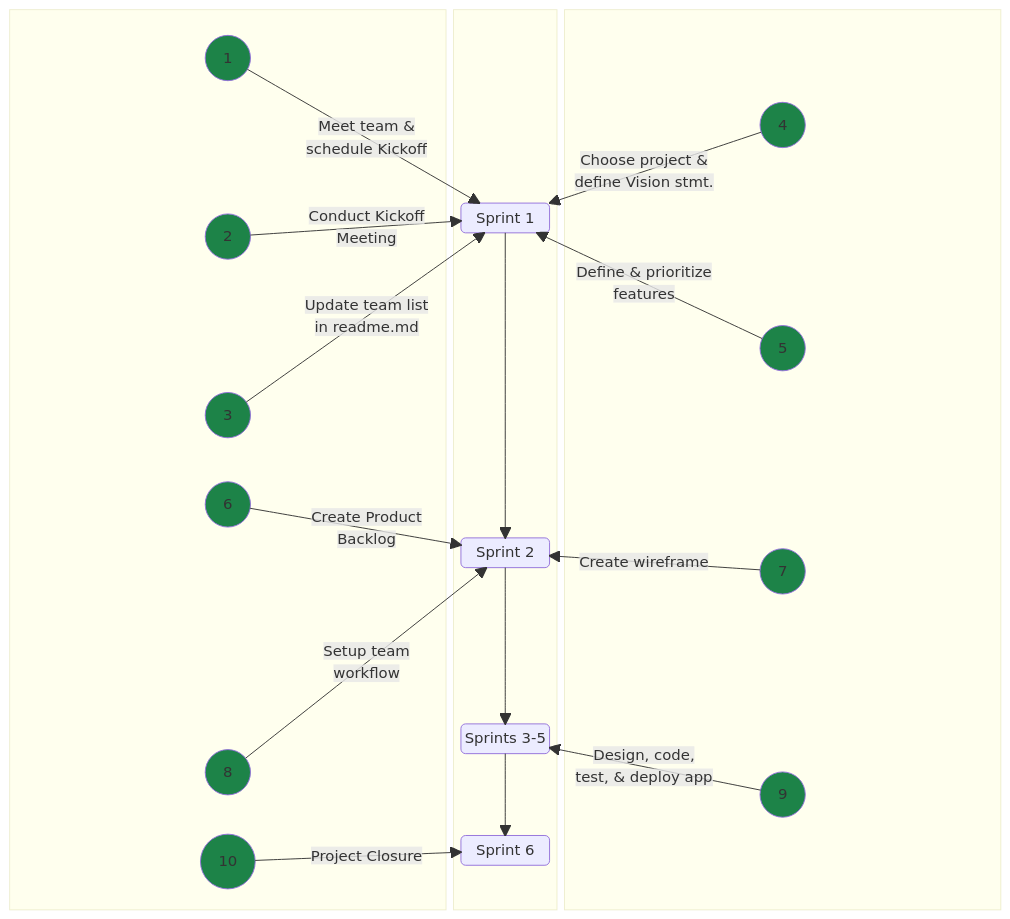
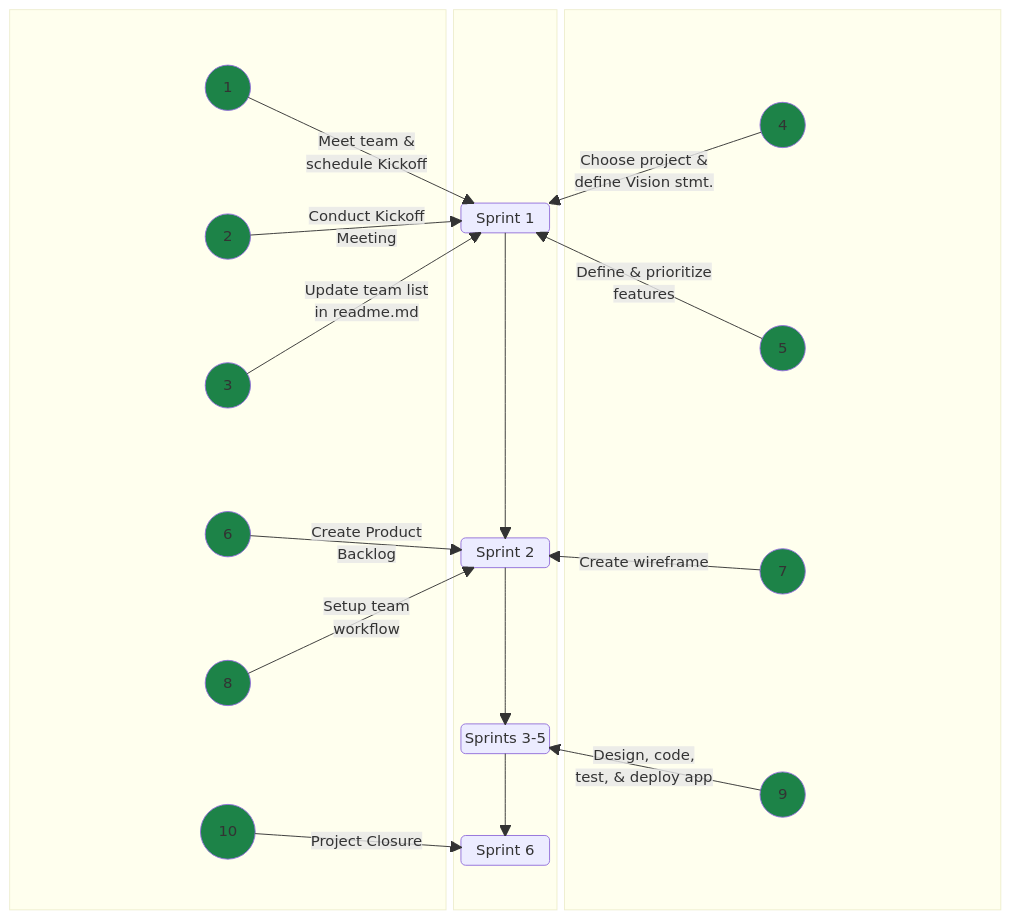
The diagram in README.md (jdmedlock/mermaid_testing), drawn with Mermaid before and after one commit.

Commit message:
Feature: Recreate linear sprint diagram

````diff
--- a/README.md
+++ b/README.md
@@ -4,80 +4,76 @@
 ```mermaid
   block-beta
     columns 9
     block:LEFT:4
       columns 1
       A1(("&nbsp;&nbsp; 1 &nbsp;&nbsp;"))
-      space
       A2(("&nbsp;&nbsp; 2 &nbsp;&nbsp;"))
-      space
       A3(("&nbsp;&nbsp; 3 &nbsp;&nbsp;"))
       A6(("&nbsp;&nbsp; 6 &nbsp;&nbsp;"))
-      space
-      space
       A8(("&nbsp;&nbsp; 8 &nbsp;&nbsp;"))
       A10(("&nbsp;&nbsp; 10 &nbsp;&nbsp;"))
     end
     
     block:CENTER:1
       columns 1
       space
       space
       space
       space
       space
       SPRINT1("Sprint 1")
       space
       space
       space
       space
       space
       space
       space
       space
       SPRINT2("Sprint 2")
       space
       space
       space
       space
       SPRINT35("Sprints 3-5")
       space
       space
       SPRINT6("Sprint 6")
       space
     end
     
     block:RIGHT:4
       columns 1
       A4(("&nbsp;&nbsp; 4 &nbsp;&nbsp;"))
       A5(("&nbsp;&nbsp; 5 &nbsp;&nbsp;"))
       A7(("&nbsp;&nbsp; 7 &nbsp;&nbsp;"))
       A9(("&nbsp;&nbsp; 9 &nbsp;&nbsp;"))
     end
 
     SPRINT1 --> SPRINT2
     SPRINT2 --> SPRINT35
     SPRINT35 --> SPRINT6
 
     A1 -- "Meet team &</br>schedule Kickoff" --> SPRINT1
     A2 -- "Conduct Kickoff</br>Meeting" --> SPRINT1
     A3 -- "Update team list</br>in readme.md" --> SPRINT1
     A4 -- "Choose project &</br>define Vision stmt." --> SPRINT1
     A5 -- "Define & prioritize</br>features" --> SPRINT1
     A6 -- "Create Product</br>Backlog" --> SPRINT2
     A7 -- "Create wireframe" --> SPRINT2
     A8 -- "Setup team</br>workflow" --> SPRINT2
     A9 -- "Design, code,</br>test, & deploy app" --> SPRINT35
     A10 -- "Project Closure" --> SPRINT6
 
     style A1 fill:#1d8348
     style A2 fill:#1d8348
     style A3 fill:#1d8348
     style A4 fill:#1d8348
     style A5 fill:#1d8348
     style A6 fill:#1d8348
     style A7 fill:#1d8348
     style A8 fill:#1d8348
     style A9 fill:#1d8348
     style A10 fill:#1d8348
 
 ```
````
